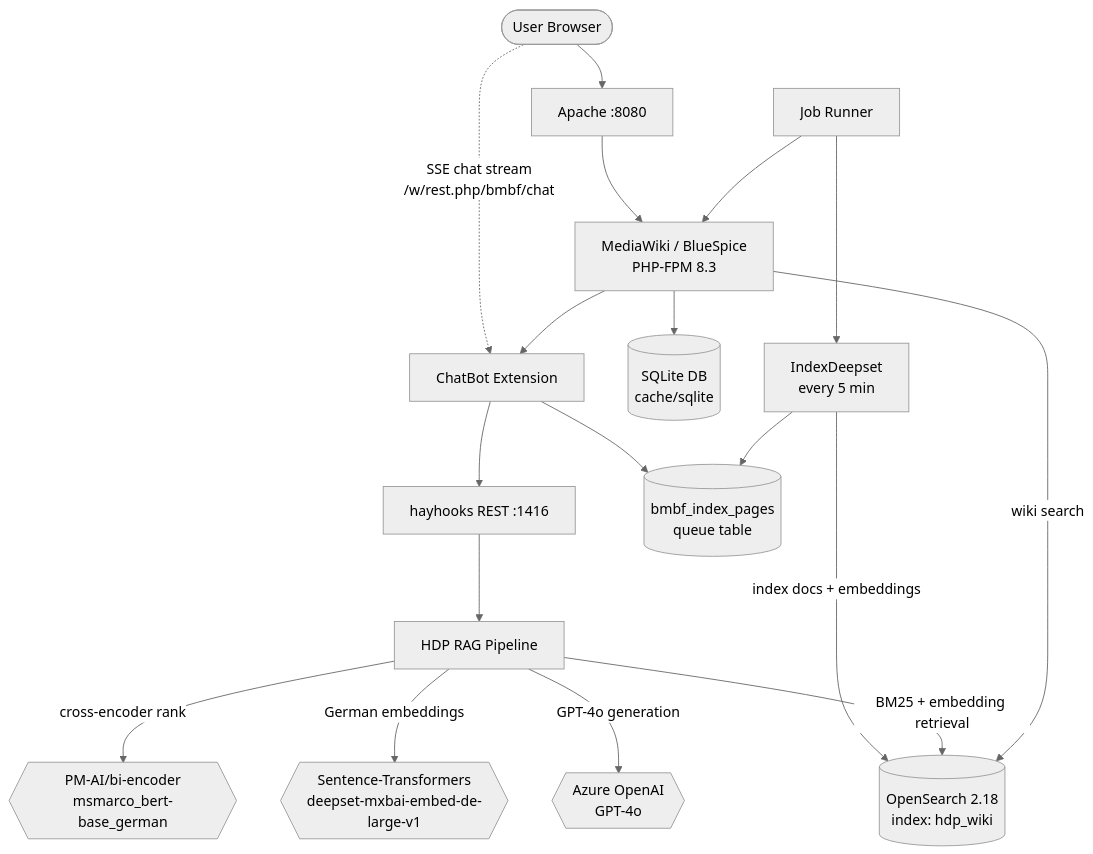
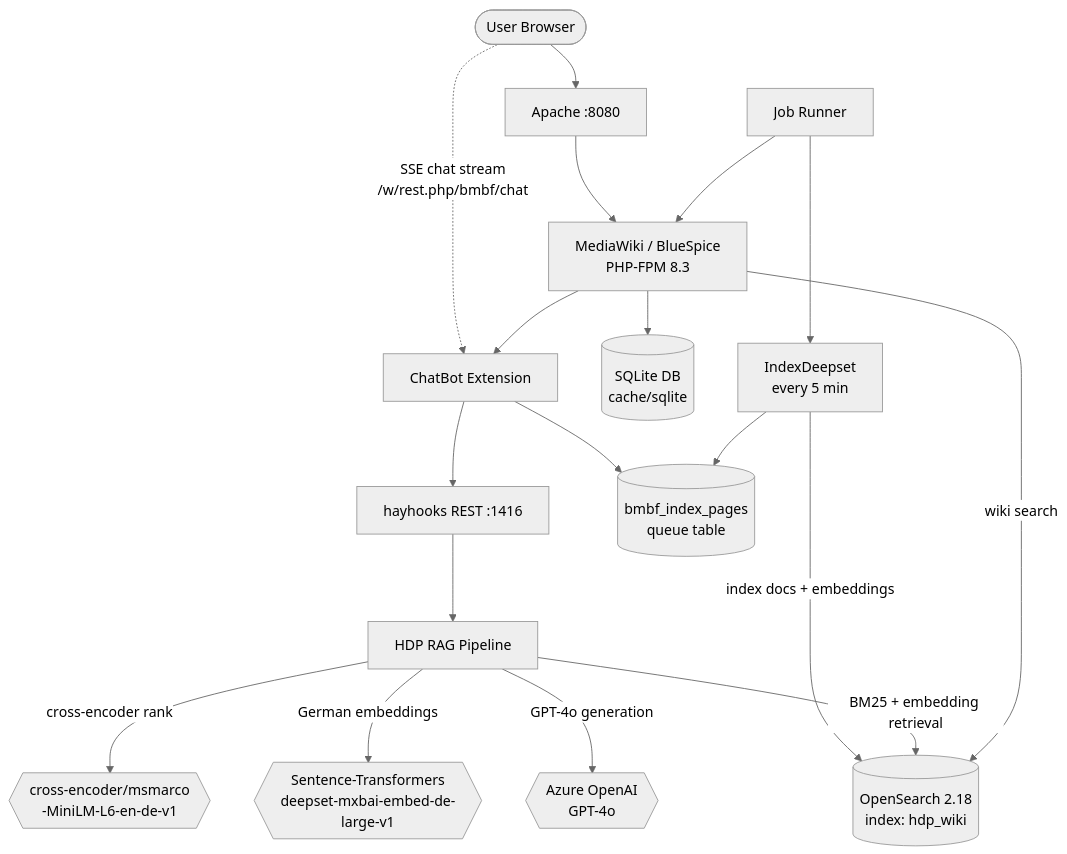
Before and after one commit to Sidiberlin/hdp: the diagram in docs/architecture.md, drawn with Mermaid (neutral theme). The commit also changed other lines of this file and 9 other files, not shown here.

````diff
--- a/docs/architecture.md
+++ b/docs/architecture.md
@@ -18,25 +18,25 @@
 ```mermaid
 flowchart TD
     User([User Browser]) --> Web["Apache :8080"]
     Web --> MW["MediaWiki / BlueSpice<br/>PHP-FPM 8.3"]
     
     User -.->|"SSE chat stream<br/>/w/rest.php/bmbf/chat"| ChatBot["ChatBot Extension"]
     ChatBot --> HayhooksAPI["hayhooks REST :1416"]
     
     MW --> SQLite[("SQLite DB<br/>cache/sqlite")]
     MW --> ChatBot
     ChatBot --> IndexTable[("bmbf_index_pages<br/>queue table")]
     
     JobRunner["Job Runner"] --> MW
     JobRunner --> IndexDeepset["IndexDeepset<br/>every 5 min"]
     IndexDeepset --> IndexTable
     IndexDeepset -->|"index docs + embeddings"| OS1[("OpenSearch 2.18<br/>index: hdp_wiki")]
     
     HayhooksAPI --> Pipeline["HDP RAG Pipeline"]
     Pipeline -->|"BM25 + embedding retrieval"| OS1
     Pipeline -->|"GPT-4o generation"| AzureLLM{{"Azure OpenAI<br/>GPT-4o"}}
     Pipeline -->|"German embeddings"| EmbedModel{{"Sentence-Transformers<br/>deepset-mxbai-embed-de-large-v1"}}
-    Pipeline -->|"cross-encoder rank"| RankModel{{"PM-AI/bi-encoder<br/>msmarco_bert-base_german"}}
+    Pipeline -->|"cross-encoder rank"| RankModel{{"cross-encoder/msmarco<br/>-MiniLM-L6-en-de-v1"}}
     
     MW -->|"wiki search"| OS1
 ```
````
